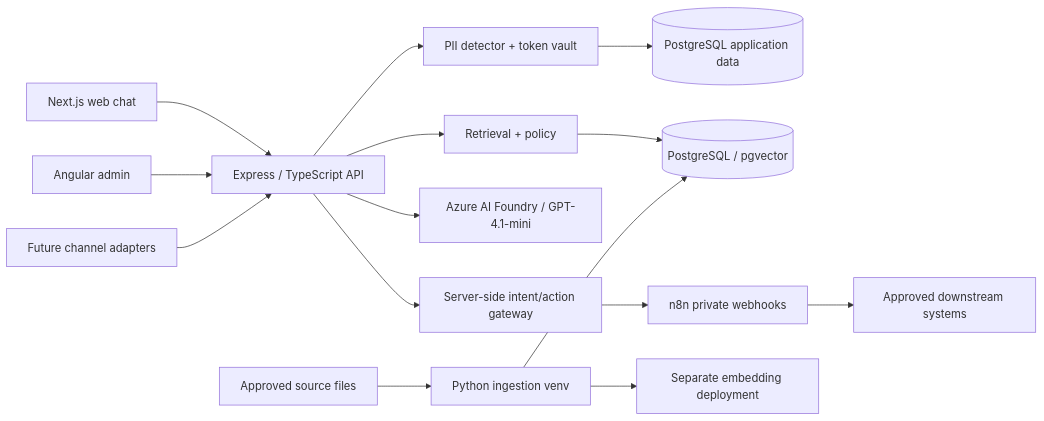
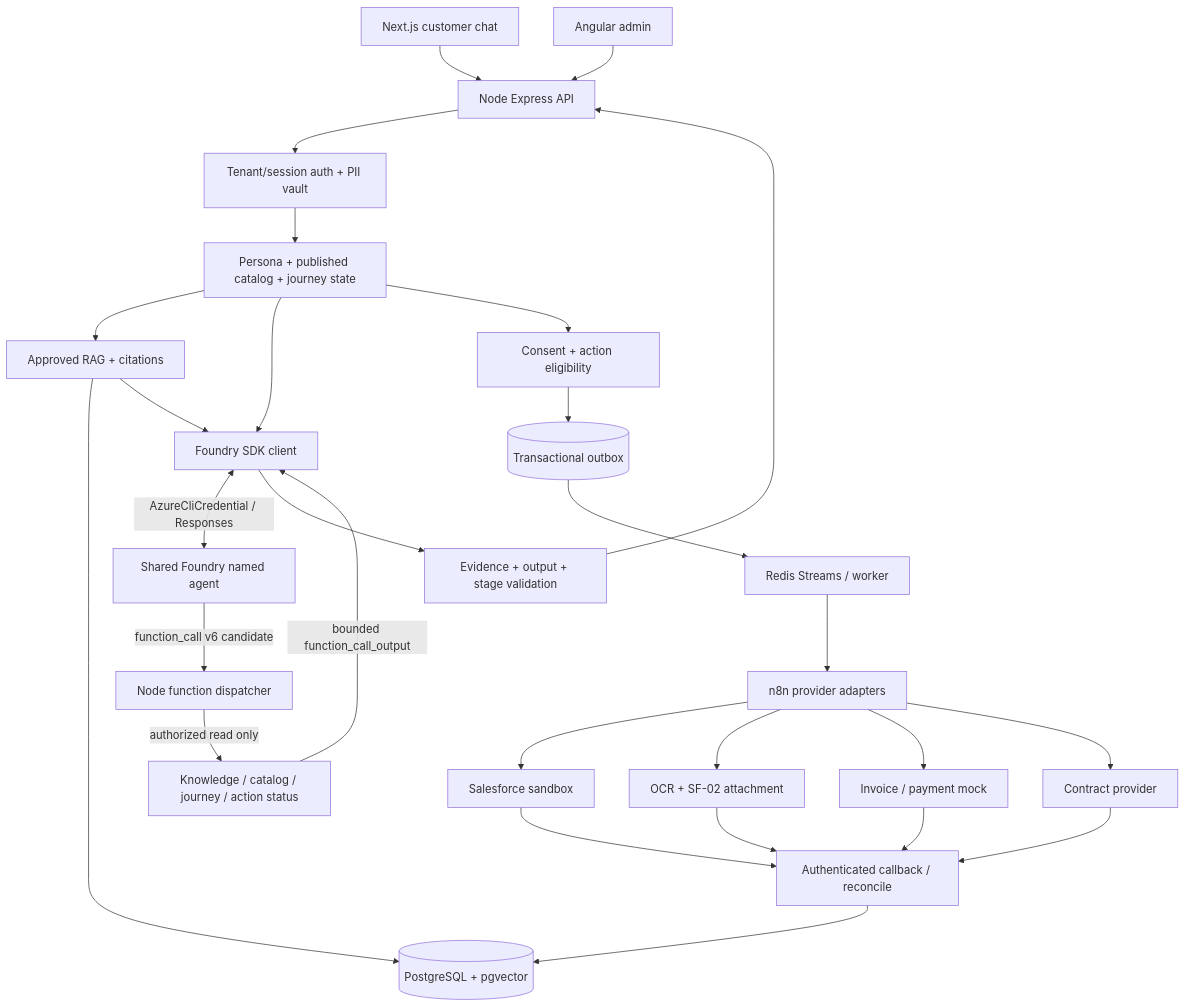
Before and after one commit to sanukhandev/agentic-rag-ai: the diagram in docs/02-system-architecture.md, drawn with Mermaid. The commit also changed other lines of this file and 26 other files, not shown here.

````diff
--- a/docs/02-system-architecture.md
+++ b/docs/02-system-architecture.md
@@ -5,17 +7,30 @@
 ```mermaid
-flowchart LR
-  WEB[Next.js web chat] --> API[Express / TypeScript API]
-  ADM[Angular admin] --> API
-  FUT[Future channel adapters] --> API
-  API --> PRIV[PII detector + token vault]
-  PRIV --> PG[(PostgreSQL application data)]
-  API --> RAG[Retrieval + policy]
-  RAG --> VEC[(PostgreSQL / pgvector)]
-  API --> LLM[Azure AI Foundry / GPT-4.1-mini]
-  API --> GATE[Server-side intent/action gateway]
-  GATE --> N8N[n8n private webhooks]
-  N8N --> EXT[Approved downstream systems]
-  DOCS[Approved source files] --> PY[Python ingestion venv]
-  PY --> EMB[Separate embedding deployment]
-  PY --> VEC
+flowchart TD
+  WEB[Next.js customer chat] --> API[Node Express API]
+  ADMIN[Angular admin] --> API
+  API --> AUTH[Tenant/session auth + PII vault]
+  AUTH --> STATE[Persona + published catalog + journey state]
+  STATE --> RAG[Approved RAG + citations]
+  RAG --> PG[(PostgreSQL + pgvector)]
+  STATE --> FCLIENT[Foundry SDK client]
+  RAG --> FCLIENT
+  FCLIENT <-->|AzureCliCredential / Responses| AGENT[Shared Foundry named agent]
+  AGENT -->|function_call v6 candidate| DISPATCH[Node function dispatcher]
+  DISPATCH -->|authorized read only| READ[Knowledge / catalog / journey / action status]
+  READ -->|bounded function_call_output| FCLIENT
+  FCLIENT --> VALID[Evidence + output + stage validation]
+  VALID --> API
+  STATE --> GATE[Consent + action eligibility]
+  GATE --> OUT[(Transactional outbox)]
+  OUT --> REDIS[Redis Streams / worker]
+  REDIS --> N8N[n8n provider adapters]
+  N8N --> CRM[Salesforce sandbox]
+  N8N --> DOC[OCR + SF-02 attachment]
+  N8N --> FIN[Invoice / payment mock]
+  N8N --> SIGN[Contract provider]
+  CRM --> CB[Authenticated callback / reconcile]
+  DOC --> CB
+  FIN --> CB
+  SIGN --> CB
+  CB --> PG
 ```
````
